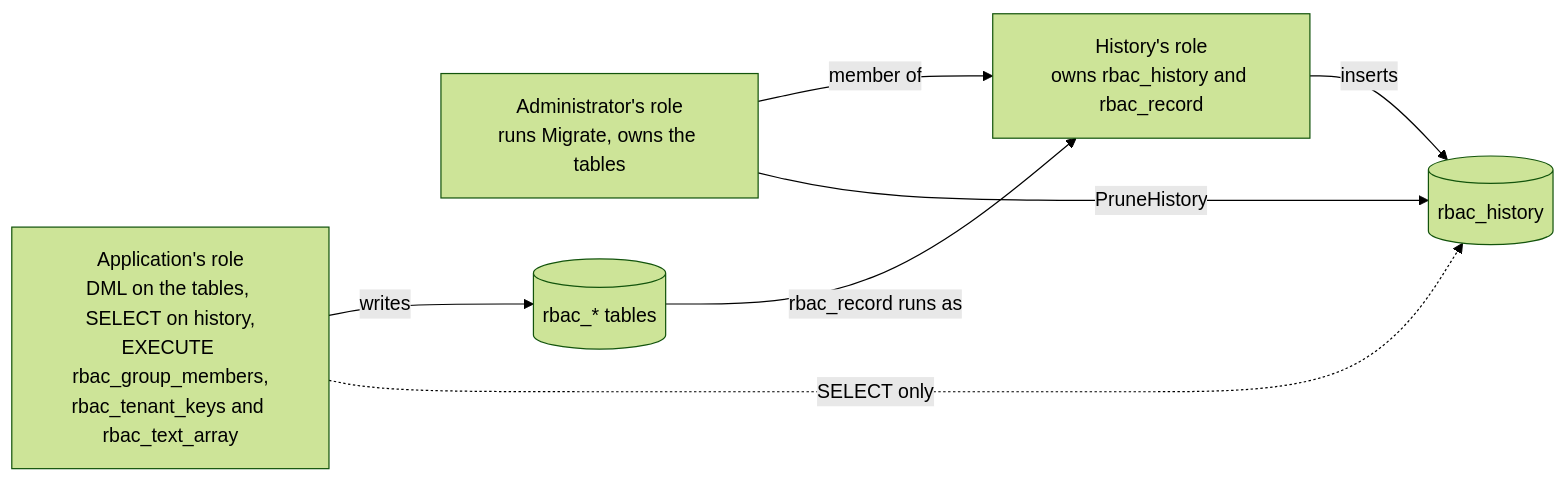
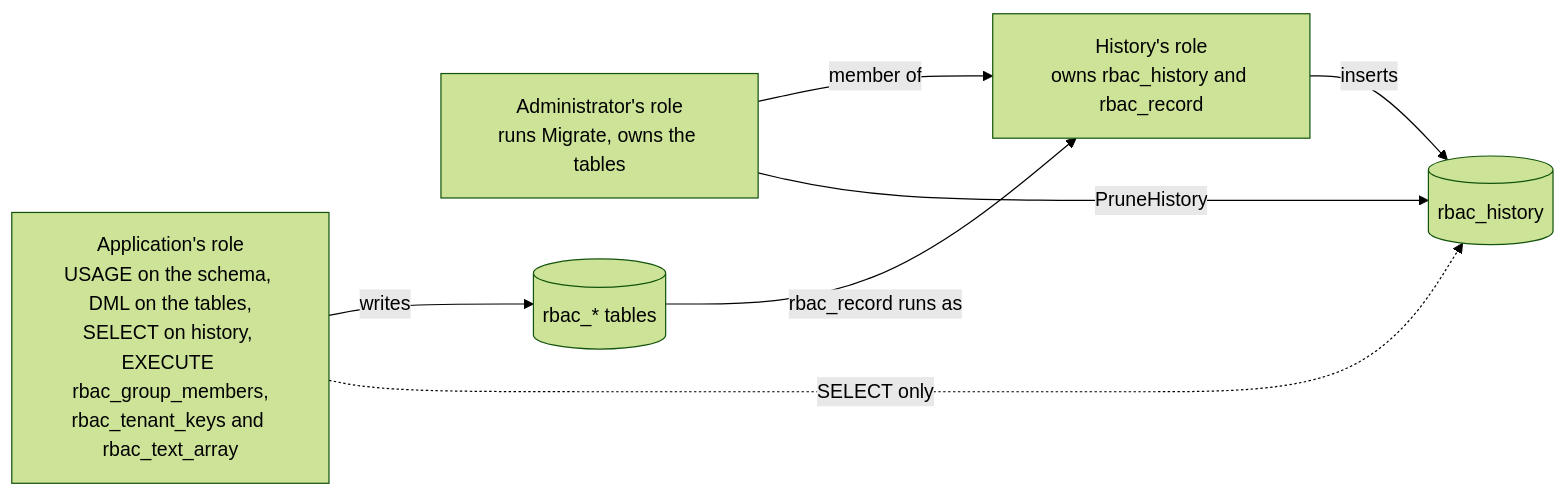
Before and after one commit to parallelworks/rbac: diagram 13 of 13 in docs/architecture.md, drawn with Mermaid (forest theme). The commit also changed other lines of this file and 12 other files, not shown here.

Commit message:
fix: as of a time, a revoke a procedure or DO block makes after it commits counts from before moments it came after, migrating deadlocks with a change reading the tables in another order, the README's role setup fails every call, and AsOf panics on a nil read (#79)

````diff
--- a/docs/architecture.md
+++ b/docs/architecture.md
@@ -671,12 +676,12 @@
 ```mermaid
 flowchart LR
     admin["Administrator's role<br/>runs Migrate, owns the tables"]
     histrole["History's role<br/>owns rbac_history and rbac_record"]
-    app["Application's role<br/>DML on the tables, SELECT on history,<br/>EXECUTE rbac_group_members,<br/>rbac_tenant_keys and rbac_text_array"]
+    app["Application's role<br/>USAGE on the schema, DML on the tables,<br/>SELECT on history, EXECUTE rbac_group_members,<br/>rbac_tenant_keys and rbac_text_array"]
     admin -->|"member of"| histrole
     app -->|"writes"| tables[("rbac_* tables")]
     tables -->|"rbac_record runs as"| histrole
     histrole -->|"inserts"| hist[("rbac_history")]
     app -.->|"SELECT only"| hist
     admin -->|"PruneHistory"| hist
 ```
````
